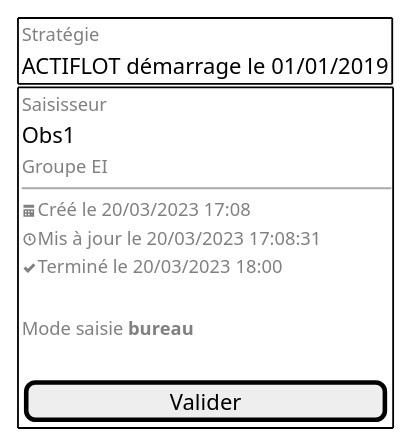
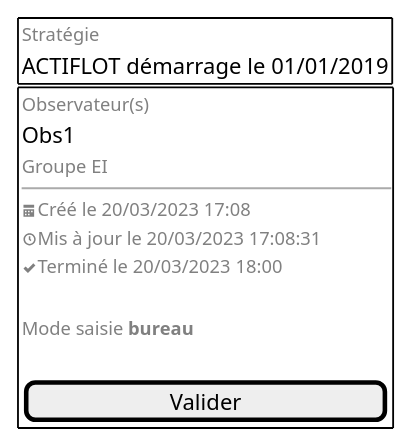
Before and after one commit to sumaris-net/sumaris-doc: the diagram in projects/activity-calendar/spe/images/activity-calendar-control-finished.puml, drawn with PlantUML. The commit also changed 20 other files, not shown here.

```diff
--- a/projects/activity-calendar/spe/images/activity-calendar-control-finished.puml
+++ b/projects/activity-calendar/spe/images/activity-calendar-control-finished.puml
@@ -1,25 +1,25 @@
 @startsalt
 {
  {+
     {
     <font color=grey size=10>Stratégie
     ACTIFLOT démarrage le 01/01/2019
       }
  }
  {+
     {
-    <font color=grey size=10>Saisisseur
+    <font color=grey size=10>Observateur(s)
     Obs1
     <font color=grey size=10>Groupe EI
     --
     <font color=grey size=10><&calendar>Créé le 20/03/2023 17:08
     <font color=grey size=10><&clock>Mis à jour le 20/03/2023 17:08:31
     <font color=grey size=10><&check>Terminé le 20/03/2023 18:00
     .
     <font color=grey size=10>Mode saisie <b>bureau
     .
     [ Valider                ]
     }
  }
 }
 @endsalt
```
